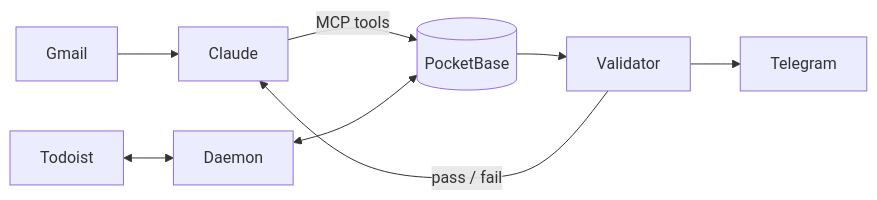
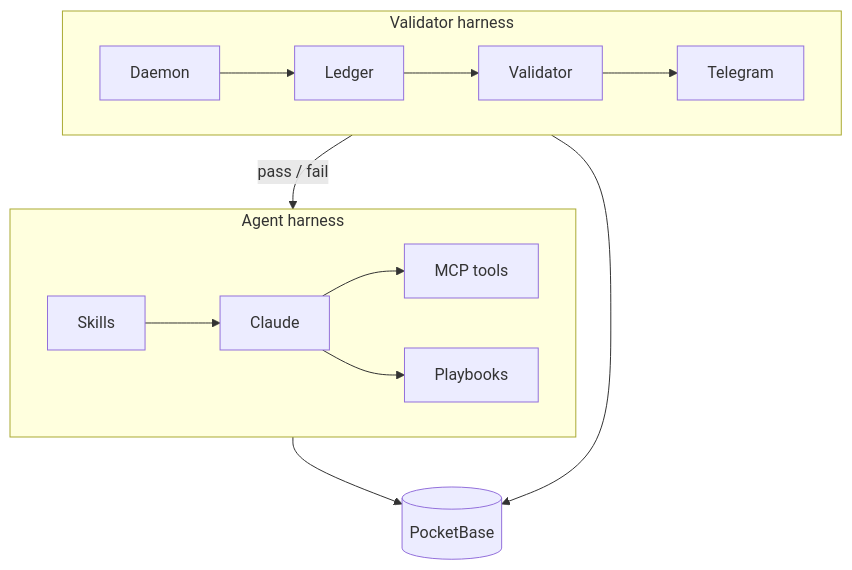
The diagram in README.md (michaelberns/splatt-ops-public), drawn with Mermaid before and after one commit. The commit also changed other lines of this file, not shown here.

Commit message:
README: describe the agent and validator harnesses

````diff
--- a/README.md
+++ b/README.md
@@ -34,9 +21,18 @@
 ```mermaid
-flowchart LR
-    Gmail --> Claude
-    Claude -- MCP tools --> PocketBase[(PocketBase)]
-    Todoist <--> Daemon <--> PocketBase
-    PocketBase --> Validator
+flowchart TB
+    subgraph V["Validator harness"]
+        direction LR
+        Daemon --> Ledger
+        Ledger --> Validator
+        Validator --> Telegram
+    end
+    subgraph A["Agent harness"]
+        direction LR
+        Skills --> Claude
+        Claude --> MCP["MCP tools"]
+        Claude --> Playbooks
+    end
+    A --> DB[(PocketBase)]
+    V --> DB
     Validator -- "pass / fail" --> Claude
-    Validator --> Telegram
 ```
````
